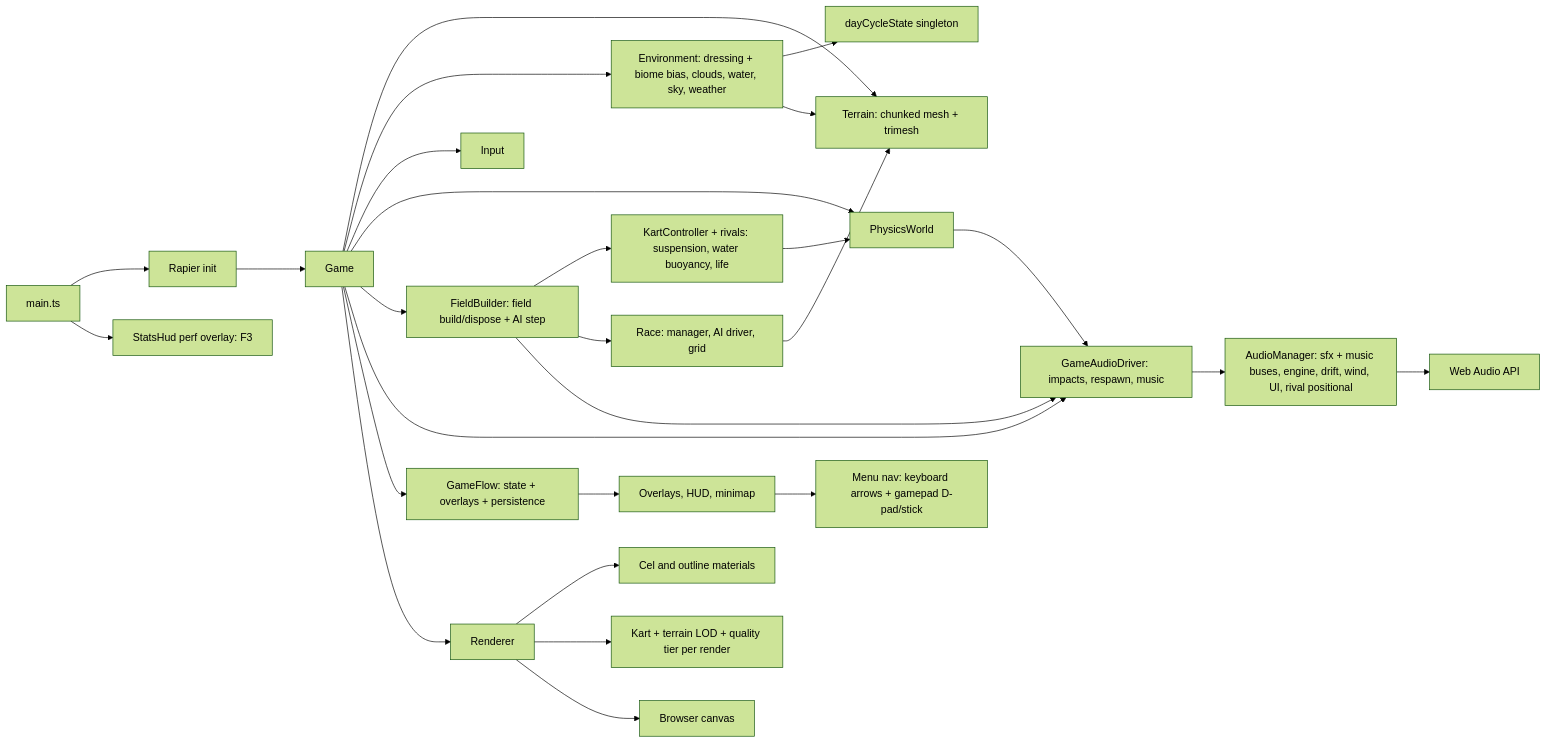
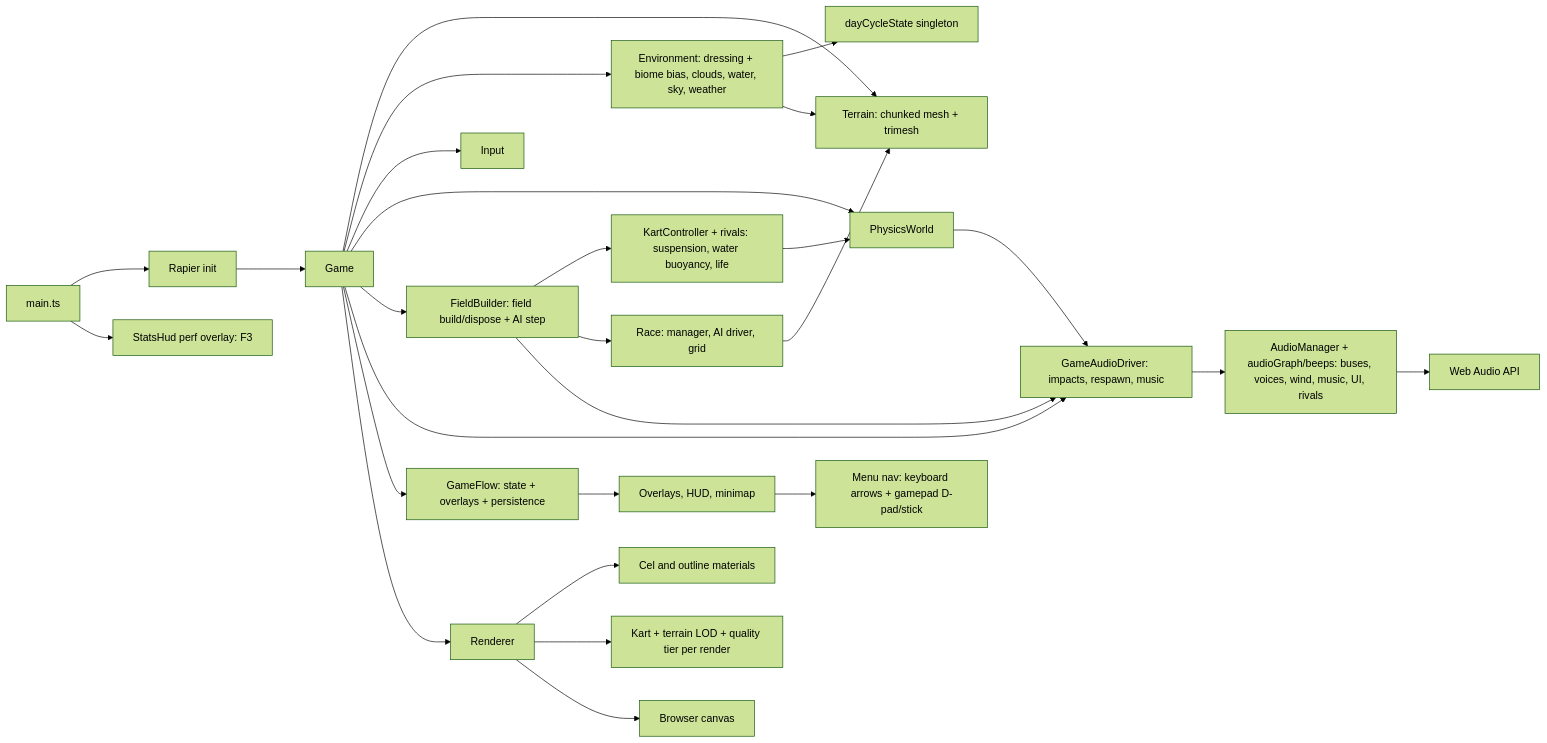
Before and after one commit to jjgroenendijk/cart-game: the diagram in AGENTS.md, drawn with Mermaid (forest theme). The commit also changed 2 other files, not shown here.

````diff
--- a/AGENTS.md
+++ b/AGENTS.md
@@ -24,28 +24,28 @@
 ```mermaid
 flowchart LR
   main[main.ts] --> rapier[Rapier init]
   rapier --> game[Game]
   game --> terrain[Terrain: chunked mesh + trimesh]
   game --> env[Environment: dressing + biome bias, clouds, water, sky, weather]
   env --> dayCycle[dayCycleState singleton]
   env --> terrain
   game --> input[Input]
   game --> physics[PhysicsWorld]
   game --> field[FieldBuilder: field build/dispose + AI step]
   field --> kart[KartController + rivals: suspension, water buoyancy, life]
   field --> race[Race: manager, AI driver, grid]
   kart --> physics
   race --> terrain
   game --> gameAudio[GameAudioDriver: impacts, respawn, music]
   field --> gameAudio
   physics --> gameAudio
-  gameAudio --> audio[AudioManager: sfx + music buses, engine, drift, wind, UI, rival positional]
+  gameAudio --> audio[AudioManager + audioGraph/beeps: buses, voices, wind, music, UI, rivals]
   audio --> webaudio[Web Audio API]
   game --> gameFlow[GameFlow: state + overlays + persistence] --> ui[Overlays, HUD, minimap]
   ui --> menuNav[Menu nav: keyboard arrows + gamepad D-pad/stick]
   game --> renderer[Renderer]
   renderer --> materials[Cel and outline materials]
   renderer --> lod[Kart + terrain LOD + quality tier per render]
   renderer --> canvas[Browser canvas]
   main --> statsHud[StatsHud perf overlay: F3]
 ```
````
